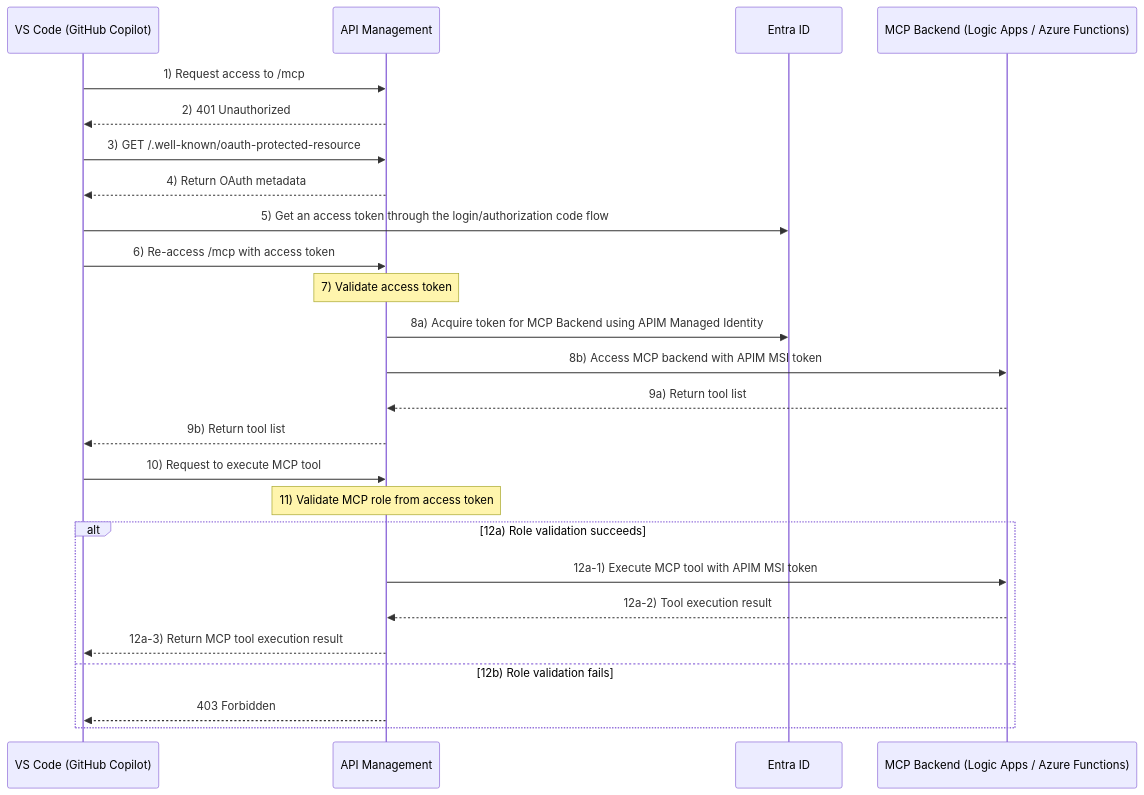
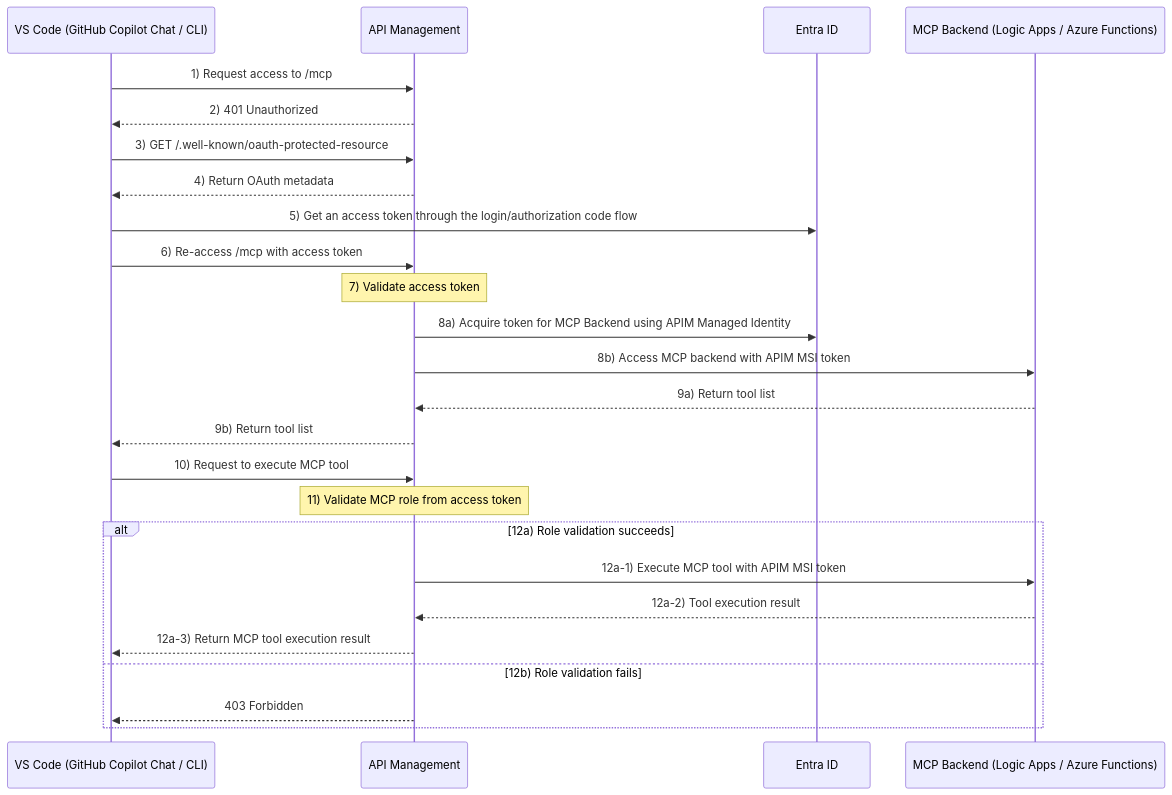
Before and after one commit to apc-n-orita/apim-mcp-oauth: the fourth of 4 diagrams in README.md, drawn with Mermaid. The commit also changed other lines of this file and 16 other files, not shown here.

First line of the commit message:
Add Claude Code / Copilot CLI patterns and sync APIM policy docs (#2)

````diff
--- a/README.md
+++ b/README.md
@@ -235,33 +292,33 @@
 ```mermaid
 sequenceDiagram
-    participant VS as VS Code (GitHub Copilot)
+    participant VS as VS Code (GitHub Copilot Chat / CLI)
     participant APIM as API Management
     participant ID as Entra ID
     participant MCP as MCP Backend (Logic Apps / Azure Functions)
 
     VS->>APIM: 1) Request access to /mcp
     APIM-->>VS: 2) 401 Unauthorized
 
     VS->>APIM: 3) GET /.well-known/oauth-protected-resource
     APIM-->>VS: 4) Return OAuth metadata
 
     VS->>ID: 5) Get an access token through the login/authorization code flow
 
     VS->>APIM: 6) Re-access /mcp with access token
     Note over APIM: 7) Validate access token
     APIM->>ID: 8a) Acquire token for MCP Backend using APIM Managed Identity
     APIM->>MCP: 8b) Access MCP backend with APIM MSI token
     MCP-->>APIM: 9a) Return tool list
     APIM-->>VS: 9b) Return tool list
 
     VS->>APIM: 10) Request to execute MCP tool
     Note over APIM: 11) Validate MCP role from access token
 
     alt 12a) Role validation succeeds
         APIM->>MCP: 12a-1) Execute MCP tool with APIM MSI token
         MCP-->>APIM: 12a-2) Tool execution result
         APIM-->>VS: 12a-3) Return MCP tool execution result
     else 12b) Role validation fails
         APIM-->>VS: 403 Forbidden
     end
 ```
````
